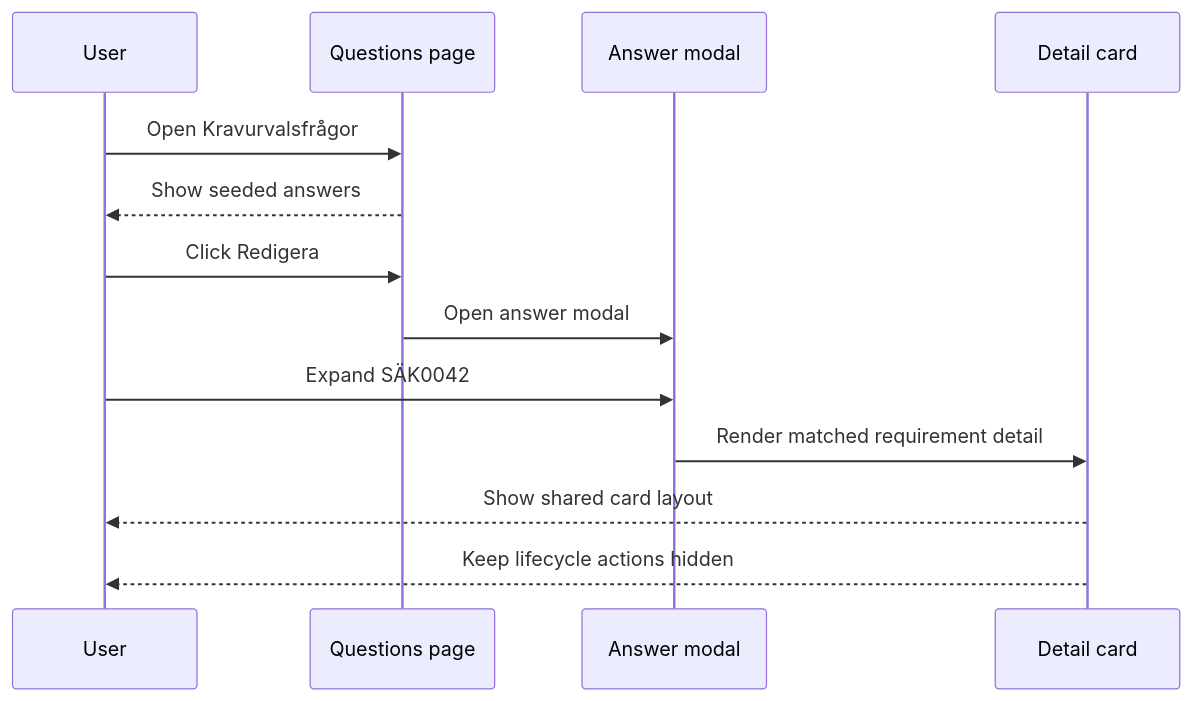
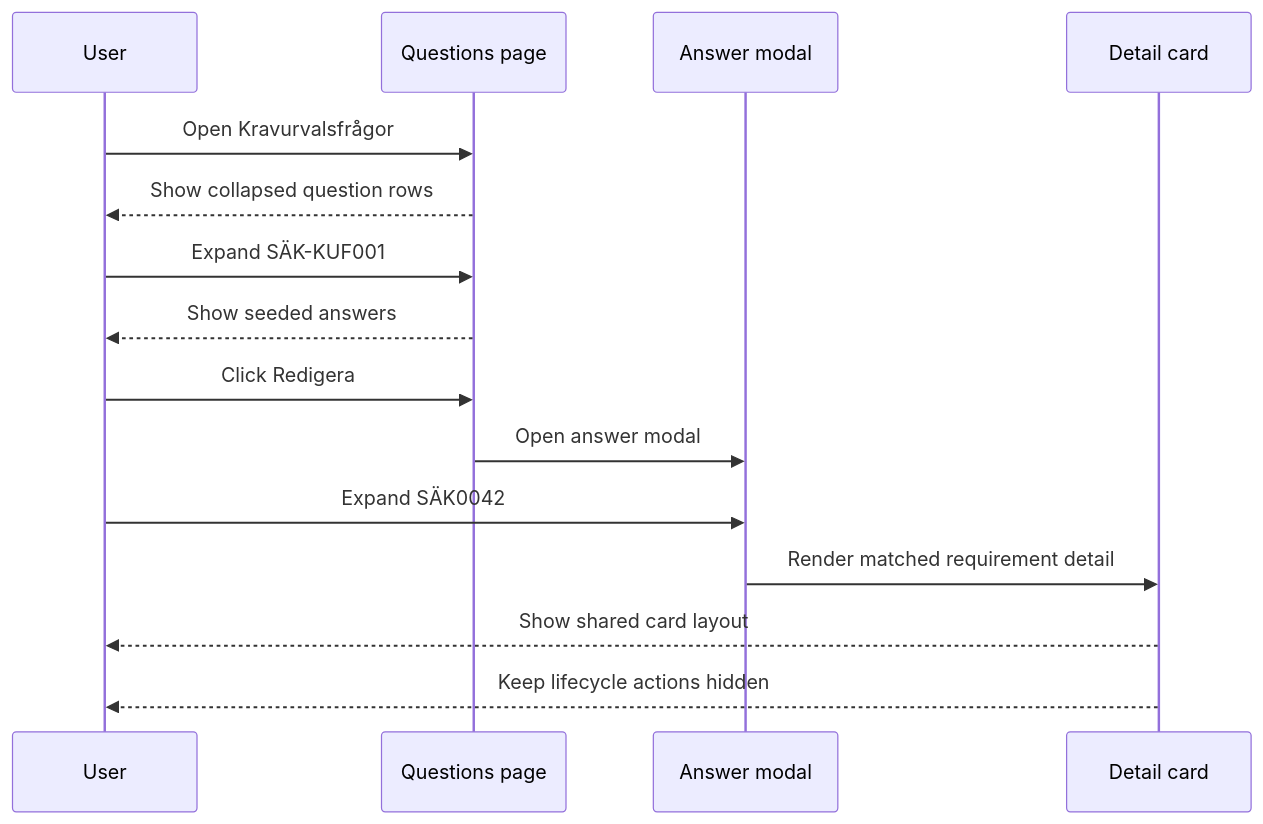
One commit to viscalyx/Kravhantering changed the second of 3 diagrams in tests/integration/requirement-selection-questions-detail.md. Above: the diagram before and after it, drawn with Mermaid. The commit also changed other lines of this file and 36 other files, not shown here.

````diff
--- a/tests/integration/requirement-selection-questions-detail.md
+++ b/tests/integration/requirement-selection-questions-detail.md
@@ -58,16 +60,18 @@
 ```mermaid
 sequenceDiagram
     participant U as User
     participant Q as Questions page
     participant M as Answer modal
     participant D as Detail card
 
     U->>Q: Open Kravurvalsfrågor
+    Q-->>U: Show collapsed question rows
+    U->>Q: Expand SÄK-KUF001
     Q-->>U: Show seeded answers
     U->>Q: Click Redigera
     Q->>M: Open answer modal
     U->>M: Expand SÄK0042
     M->>D: Render matched requirement detail
     D-->>U: Show shared card layout
     D-->>U: Keep lifecycle actions hidden
 ```
````
